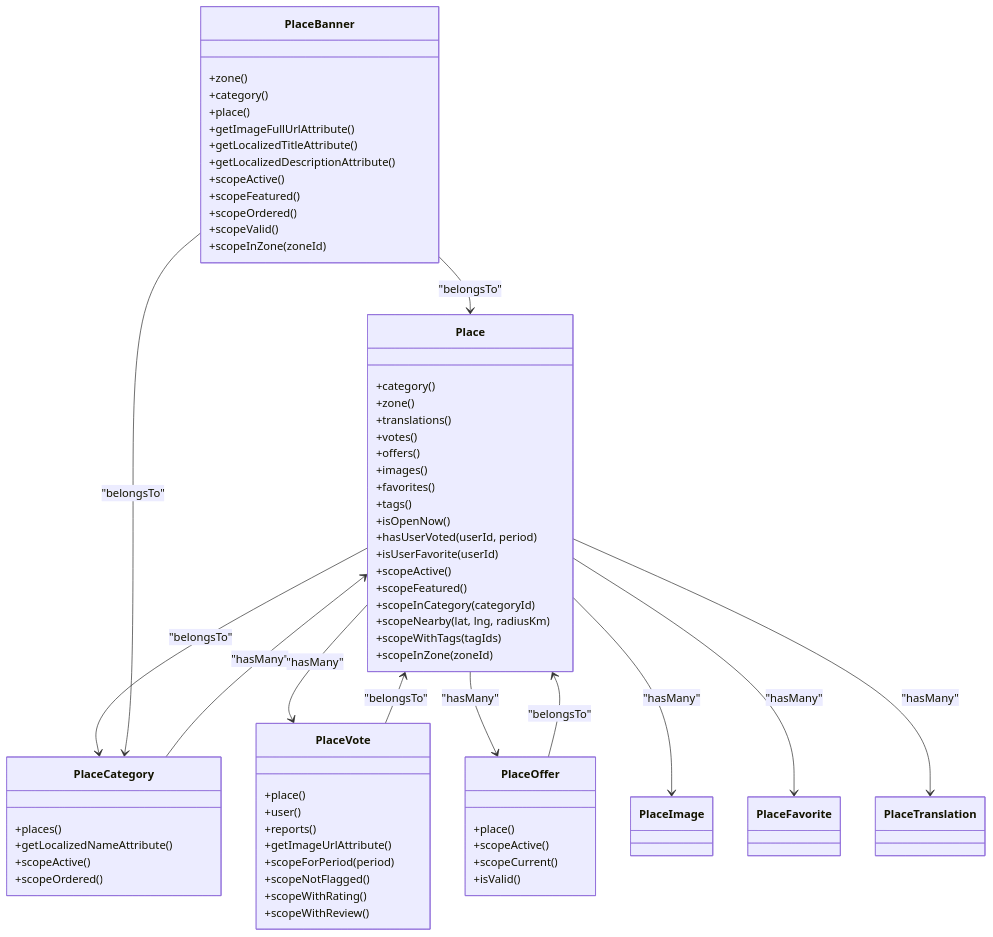
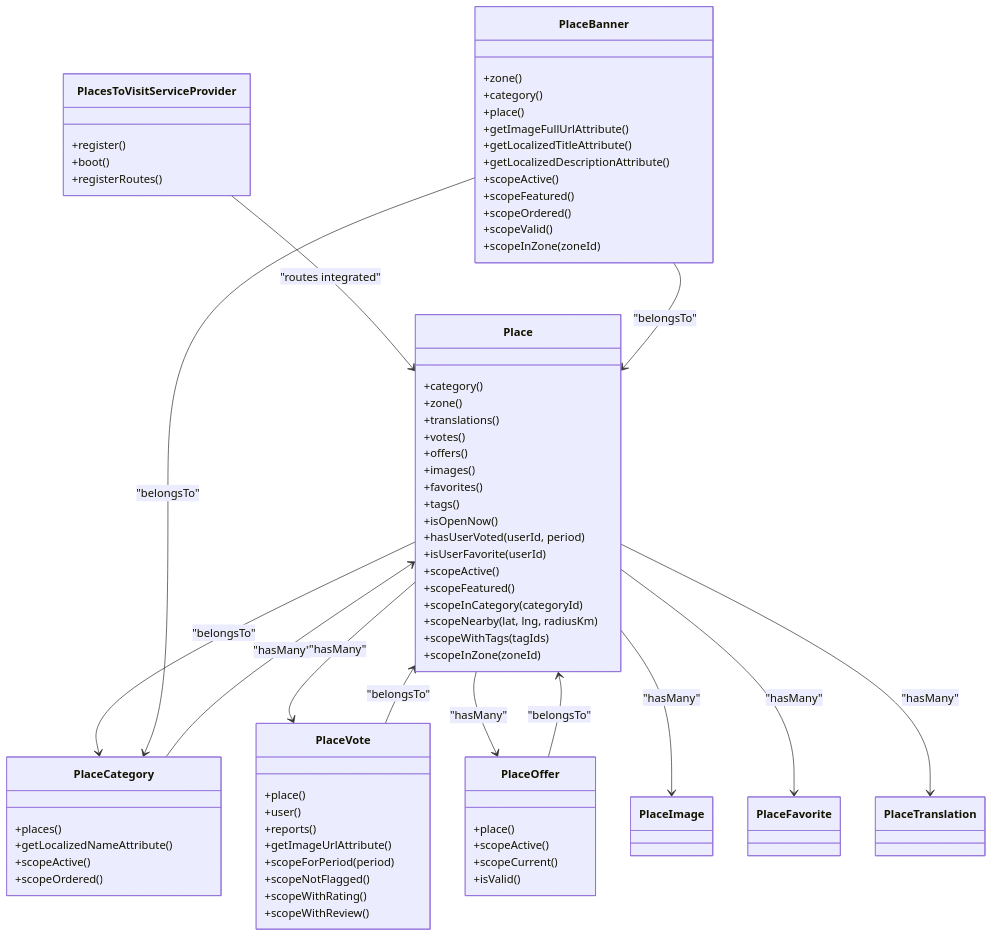
The second of 8 diagrams in .qoder/repowiki/en/content/Business Modules/PlacesToVisit Module/PlacesToVisit Module.md (Hamdies/waddy_back), drawn with Mermaid before and after one commit. The commit also changed other lines of this file and 3 other files, not shown here.

Commit message:
Fix PlacesToVisit route loading with proper RouteServiceProvider

````diff
--- a/.qoder/repowiki/en/content/Business Modules/PlacesToVisit Module/PlacesToVisit Module.md
+++ b/.qoder/repowiki/en/content/Business Modules/PlacesToVisit Module/PlacesToVisit Module.md
@@ -172,68 +184,74 @@
 ```mermaid
 classDiagram
+class PlacesToVisitServiceProvider {
++register()
++boot()
++registerRoutes()
+}
 class Place {
 +category()
 +zone()
 +translations()
 +votes()
 +offers()
 +images()
 +favorites()
 +tags()
 +isOpenNow()
 +hasUserVoted(userId, period)
 +isUserFavorite(userId)
 +scopeActive()
 +scopeFeatured()
 +scopeInCategory(categoryId)
 +scopeNearby(lat, lng, radiusKm)
 +scopeWithTags(tagIds)
 +scopeInZone(zoneId)
 }
 class PlaceCategory {
 +places()
 +getLocalizedNameAttribute()
 +scopeActive()
 +scopeOrdered()
 }
 class PlaceVote {
 +place()
 +user()
 +reports()
 +getImageUrlAttribute()
 +scopeForPeriod(period)
 +scopeNotFlagged()
 +scopeWithRating()
 +scopeWithReview()
 }
 class PlaceBanner {
 +zone()
 +category()
 +place()
 +getImageFullUrlAttribute()
 +getLocalizedTitleAttribute()
 +getLocalizedDescriptionAttribute()
 +scopeActive()
 +scopeFeatured()
 +scopeOrdered()
 +scopeValid()
 +scopeInZone(zoneId)
 }
 class PlaceOffer {
 +place()
 +scopeActive()
 +scopeCurrent()
 +isValid()
 }
+PlacesToVisitServiceProvider --> Place : "routes integrated"
 PlaceCategory --> Place : "hasMany"
 Place --> PlaceCategory : "belongsTo"
 Place --> PlaceVote : "hasMany"
 Place --> PlaceOffer : "hasMany"
 Place --> PlaceImage : "hasMany"
 Place --> PlaceFavorite : "hasMany"
 Place --> PlaceTranslation : "hasMany"
 PlaceVote --> Place : "belongsTo"
 PlaceOffer --> Place : "belongsTo"
 PlaceBanner --> PlaceCategory : "belongsTo"
 PlaceBanner --> Place : "belongsTo"
 ```
````
